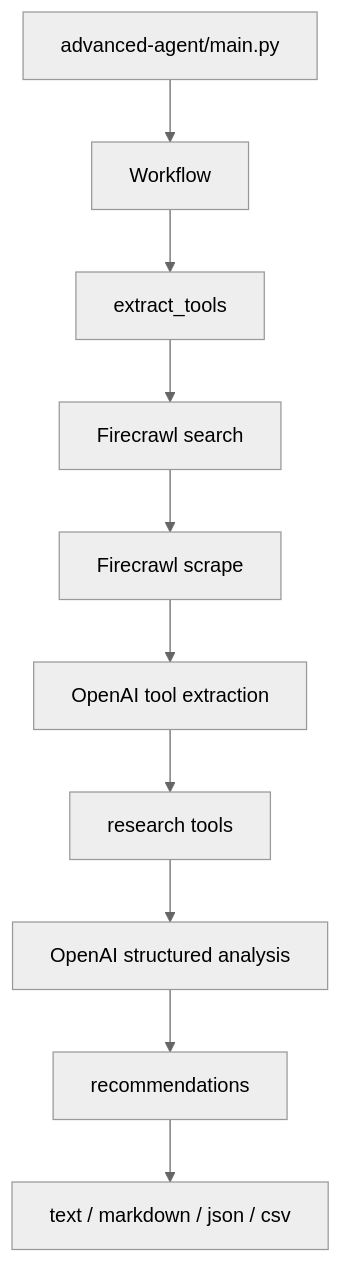
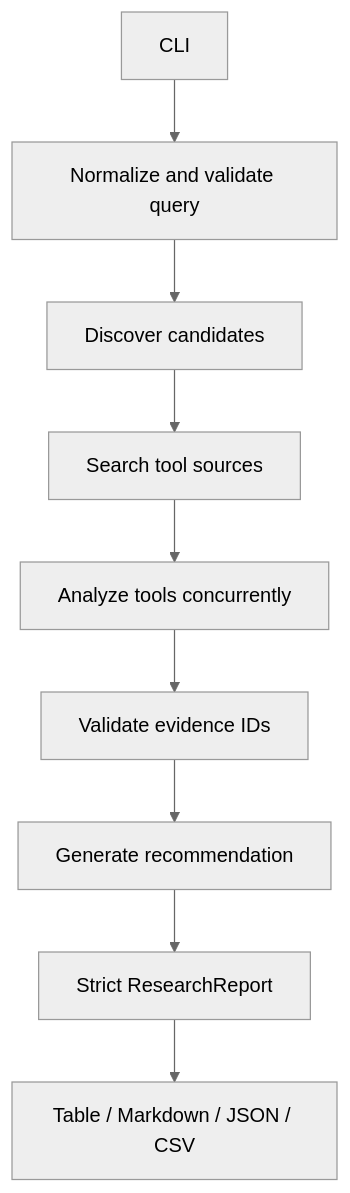
One commit to ethanvillalovoz/intellicrawl changed the first of 2 diagrams in docs/architecture.md. Above: the diagram before and after it, drawn with Mermaid (neutral theme). The commit also changed other lines of this file and 65 other files, not shown here.

Commit message:
Rebuild IntelliCrawl as a source-backed research agent (#1)

````diff
--- a/docs/architecture.md
+++ b/docs/architecture.md
@@ -10,12 +7,11 @@
 ```mermaid
 flowchart TD
-    CLI["advanced-agent/main.py"] --> Workflow["Workflow"]
-    Workflow --> Extract["extract_tools"]
-    Extract --> FirecrawlSearch["Firecrawl search"]
-    FirecrawlSearch --> FirecrawlScrape["Firecrawl scrape"]
-    FirecrawlScrape --> LLMExtract["OpenAI tool extraction"]
-    LLMExtract --> Research["research tools"]
-    Research --> LLMAnalyze["OpenAI structured analysis"]
-    LLMAnalyze --> Recommend["recommendations"]
-    Recommend --> Render["text / markdown / json / csv"]
+    CLI["CLI"] --> Normalize["Normalize and validate query"]
+    Normalize --> Discover["Discover candidates"]
+    Discover --> Search["Search tool sources"]
+    Search --> Analyze["Analyze tools concurrently"]
+    Analyze --> Validate["Validate evidence IDs"]
+    Validate --> Recommend["Generate recommendation"]
+    Recommend --> Report["Strict ResearchReport"]
+    Report --> Render["Table / Markdown / JSON / CSV"]
 ```
````
